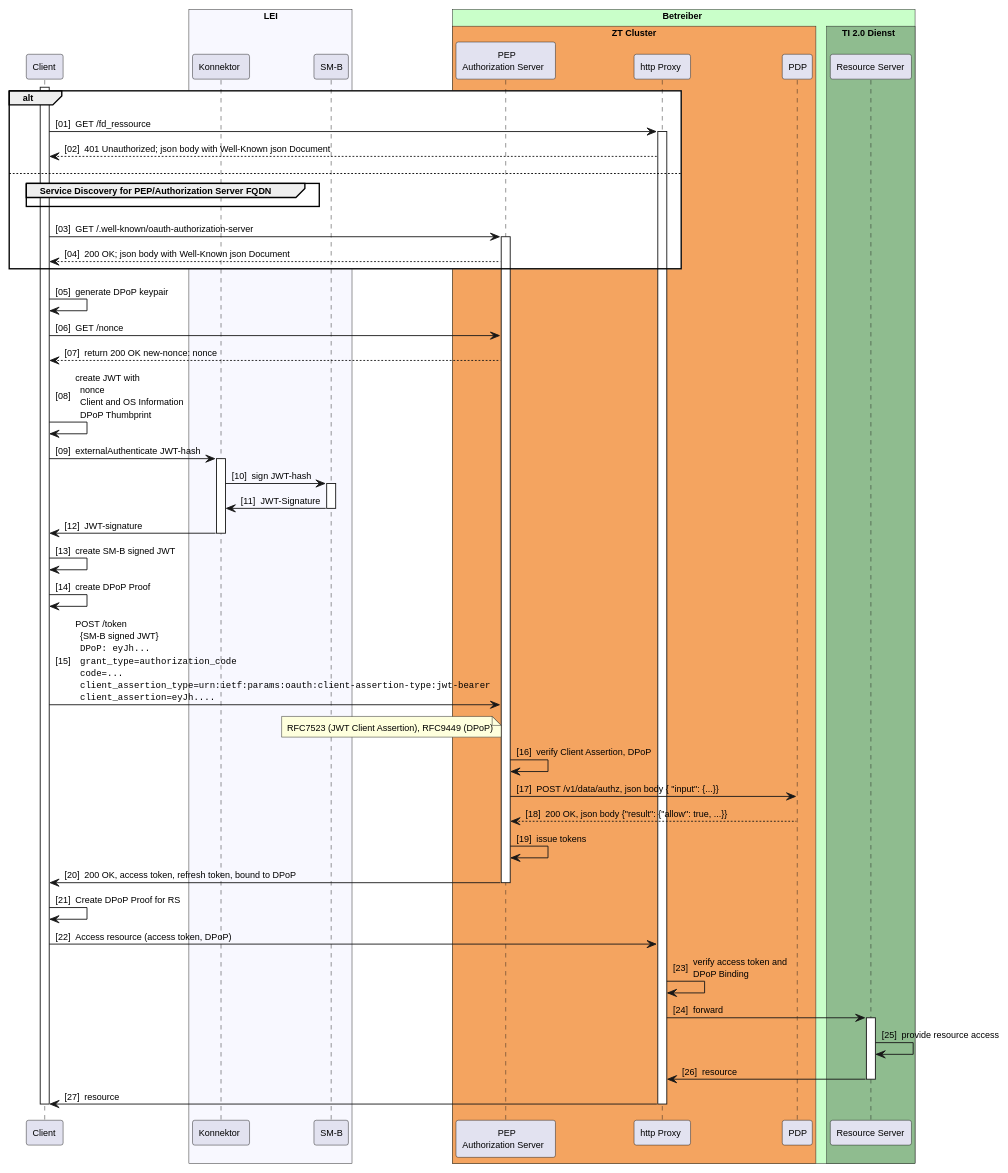
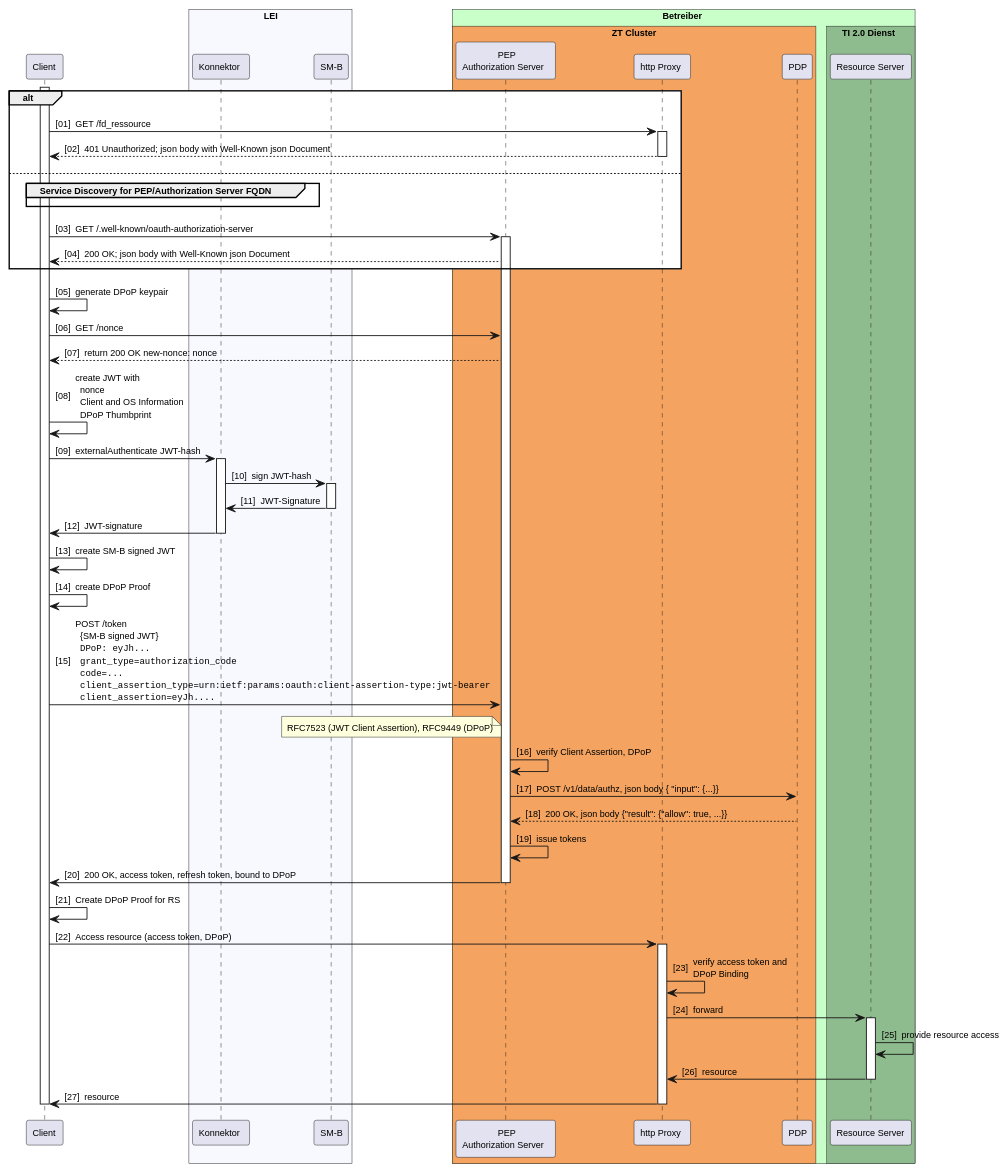
Before and after one commit to gematik/spec-t20r: the diagram in src/plantuml/sm-b-auth.puml, drawn with PlantUML.

```diff
--- a/src/plantuml/sm-b-auth.puml
+++ b/src/plantuml/sm-b-auth.puml
@@ -1,88 +1,90 @@
 @startuml "SM-B_Auth_with_DPoP"
 autonumber "[00]"
 skinparam defaultFontSize 10
 skinparam defaultFontName Helvetica
 skinparam DefaultMonospacedFontName Courier
 skinparam lengthAdjust none
 
 !pragma teoz true
 
 participant Client
 box "LEI" #GhostWhite
     participant Konnektor
     participant SMB as "SM-B"
 end box
 
 box "Betreiber" #TECHNOLOGY
     box "ZT Cluster" #SandyBrown
         participant AuthS as "PEP\nAuthorization Server" 
         participant HP as "http Proxy"
         participant PDP as "PDP"
     endbox
     box TI 2.0 Dienst #DarkSeaGreen
         participant RS as "Resource Server"
     endbox
 end box
 
 activate Client
 
 
 alt #White
     Client -> HP: GET /fd_ressource
     activate HP
     HP --> Client: 401 Unauthorized; json body with Well-Known json Document
+    deactivate HP
 else 
     group Service Discovery for PEP/Authorization Server FQDN
     end
     Client -> AuthS: GET /.well-known/oauth-authorization-server 
     activate AuthS
     AuthS --> Client: 200 OK; json body with Well-Known json Document
 end
 
 Client -> Client: generate DPoP keypair
 Client -> AuthS: GET /nonce
 AuthS --> Client: return 200 OK new-nonce: nonce
 Client -> Client: create JWT with\n  nonce\n  Client and OS Information\n  DPoP Thumbprint
 Client -> Konnektor: externalAuthenticate JWT-hash
 activate Konnektor
 Konnektor -> SMB: sign JWT-hash
 activate SMB
 SMB -> Konnektor: JWT-Signature
 deactivate SMB
 Konnektor -> Client: JWT-signature
 deactivate Konnektor
 
 Client -> Client: create SM-B signed JWT
 Client -> Client: create DPoP Proof
 Client -> AuthS: POST /token\n\
   {SM-B signed JWT}\n\
   ""DPoP: eyJh...""\n\
   ""grant_type=authorization_code""\n\
   ""code=...""\n\
   ""client_assertion_type=urn:ietf:params:oauth:client-assertion-type:jwt-bearer""\n\
   ""client_assertion=eyJh....""
 note left of AuthS
   RFC7523 (JWT Client Assertion), RFC9449 (DPoP)
 end note
 
 AuthS -> AuthS: verify Client Assertion, DPoP
 AuthS -> PDP: POST /v1/data/authz, json body {  "input": {...}} 
 PDP --> AuthS: 200 OK, json body {"result": {"allow": true, ...}}
 AuthS -> AuthS: issue tokens
 AuthS -> Client: 200 OK, access token, refresh token, bound to DPoP
 deactivate AuthS
 Client -> Client: Create DPoP Proof for RS
 
 Client -> HP: Access resource (access token, DPoP)
+activate HP
 HP -> HP: verify access token and\nDPoP Binding
 HP -> RS: forward
 activate RS
 RS -> RS: provide resource access
 RS -> HP: resource
 deactivate RS
 HP -> Client: resource
 deactivate HP
 deactivate RS
 deactivate Client
 
 @enduml
```
